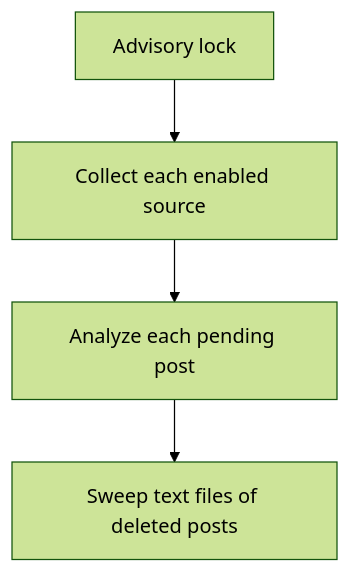
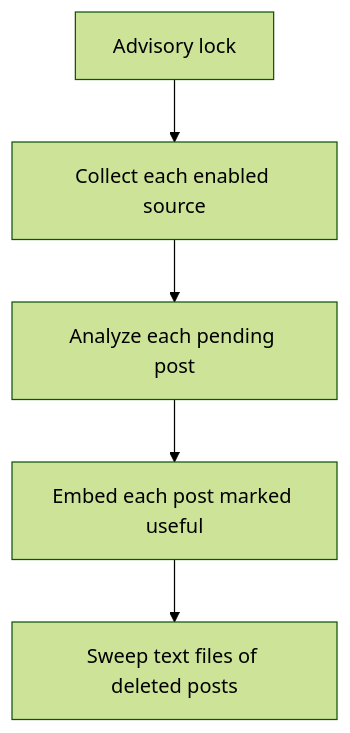
One commit to fpacifici/assistant changed the diagram in docs/architecture/blogs.md. Above: the diagram before and after it, drawn with Mermaid (forest theme). The commit also changed other lines of this file and 16 other files, not shown here.

````diff
--- a/docs/architecture/blogs.md
+++ b/docs/architecture/blogs.md
@@ -71,6 +90,7 @@
 ```mermaid
 flowchart TD
     lock["Advisory lock"] --> collect
     collect["Collect each enabled source"] --> analyze["Analyze each pending post"]
-    analyze --> sweep["Sweep text files of deleted posts"]
+    analyze --> embed["Embed each post marked useful"]
+    embed --> sweep["Sweep text files of deleted posts"]
 ```
````
